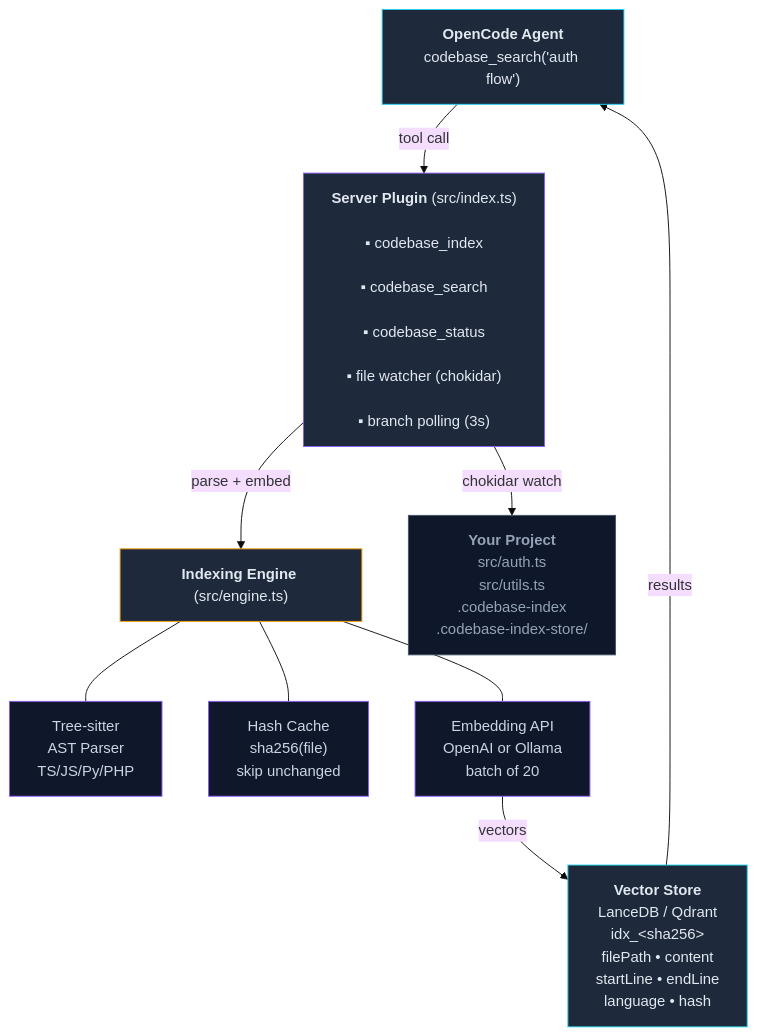
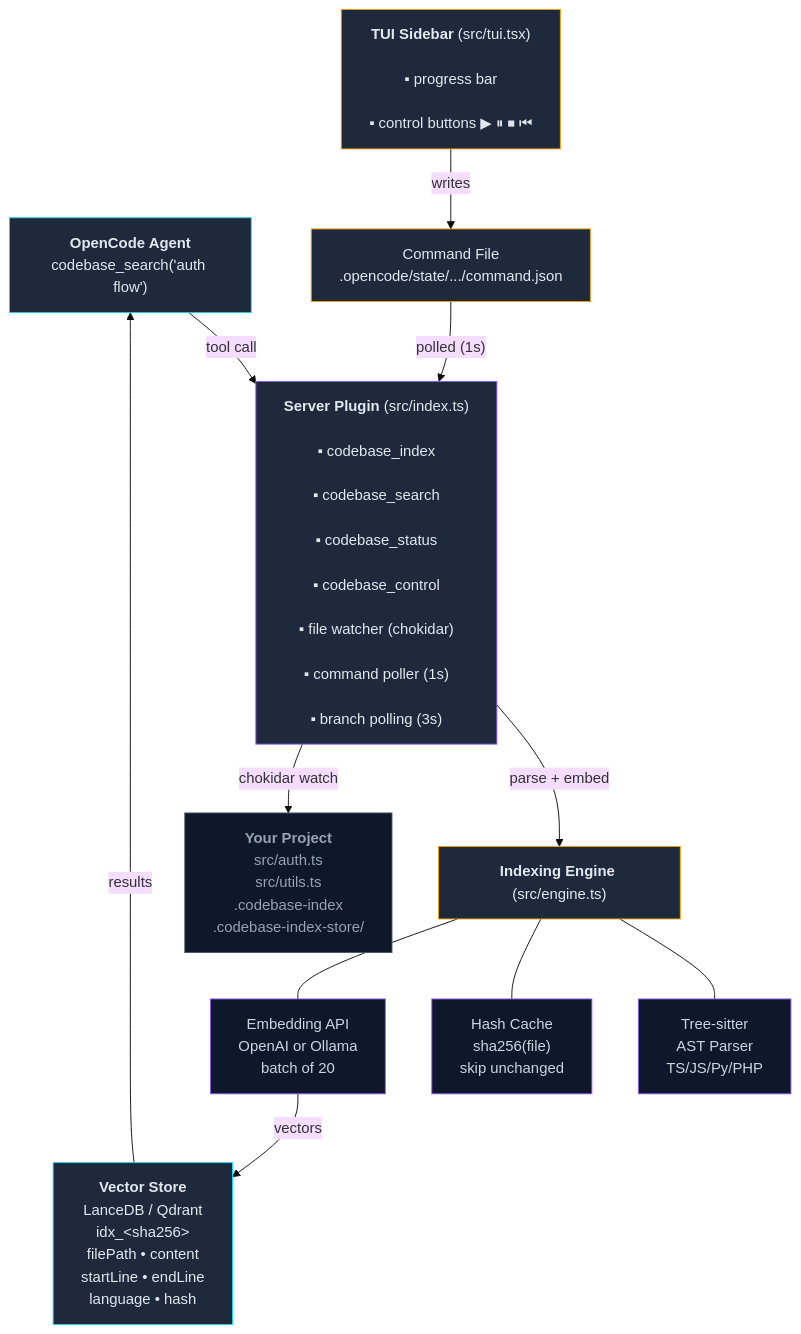
One commit to jbpraxxys/opencode-indexer changed the diagram in README.md. Above: the diagram before and after it, drawn with Mermaid (base theme). The commit also changed other lines of this file and 6 other files, not shown here.

````diff
--- a/README.md
+++ b/README.md
@@ -112,38 +226,50 @@
 ```mermaid
 flowchart TB
     AGENT["<b>OpenCode Agent</b><br/>codebase_search('auth flow')"]
 
     PLUGIN["<b>Server Plugin</b> (src/index.ts)<br/>
     ▪ codebase_index<br/>
     ▪ codebase_search<br/>
     ▪ codebase_status<br/>
+    ▪ codebase_control<br/>
     ▪ file watcher (chokidar)<br/>
+    ▪ command poller (1s)<br/>
     ▪ branch polling (3s)"]
+
+    TUI["<b>TUI Sidebar</b> (src/tui.tsx)<br/>
+    ▪ progress bar<br/>
+    ▪ control buttons ▶ ⏸ ⏹ ⏮"]
 
     ENGINE["<b>Indexing Engine</b> (src/engine.ts)"]
     PARSER["Tree-sitter<br/>AST Parser<br/>TS/JS/Py/PHP"]
     CACHE["Hash Cache<br/>sha256(file)<br/>skip unchanged"]
     EMBED["Embedding API<br/>OpenAI or Ollama<br/>batch of 20"]
 
     STORE["<b>Vector Store</b><br/>LanceDB / Qdrant<br/>idx_&lt;sha256&gt;<br/>filePath • content<br/>startLine • endLine<br/>language • hash"]
 
     PROJECT["<b>Your Project</b><br/>src/auth.ts<br/>src/utils.ts<br/>.codebase-index<br/>.codebase-index-store/"]
 
+    CMD["Command File<br/>.opencode/state/.../command.json"]
+
     AGENT -->|"tool call"| PLUGIN
+    TUI -->|"writes"| CMD
+    CMD -->|"polled (1s)"| PLUGIN
     PLUGIN -->|"parse + embed"| ENGINE
     ENGINE --- PARSER
     ENGINE --- CACHE
     ENGINE --- EMBED
     EMBED -->|"vectors"| STORE
     STORE -->|"results"| AGENT
     PLUGIN -->|"chokidar watch"| PROJECT
 
     style AGENT fill:#1e293b,stroke:#22d3ee,color:#e2e8f0
     style PLUGIN fill:#1e293b,stroke:#8b5cf6,color:#e2e8f0
+    style TUI fill:#1e293b,stroke:#f59e0b,color:#e2e8f0
     style ENGINE fill:#1e293b,stroke:#f59e0b,color:#e2e8f0
     style PARSER fill:#0f172a,stroke:#8b5cf6,color:#cbd5e1
     style CACHE fill:#0f172a,stroke:#8b5cf6,color:#cbd5e1
     style EMBED fill:#0f172a,stroke:#8b5cf6,color:#cbd5e1
     style STORE fill:#1e293b,stroke:#22d3ee,color:#e2e8f0
     style PROJECT fill:#0f172a,stroke:#475569,color:#94a3b8
+    style CMD fill:#1e293b,stroke:#f59e0b,color:#e2e8f0
 ```
````
